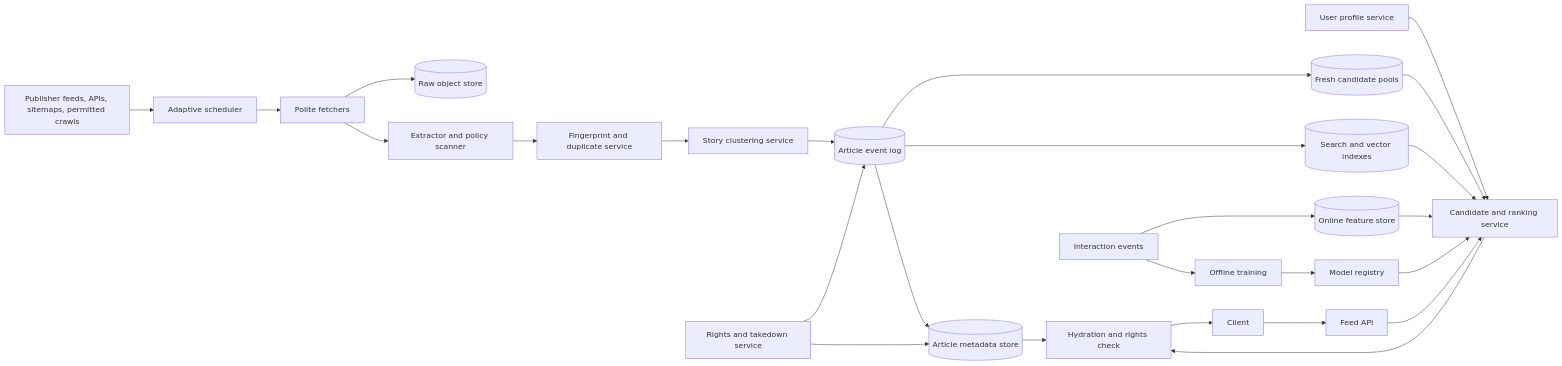
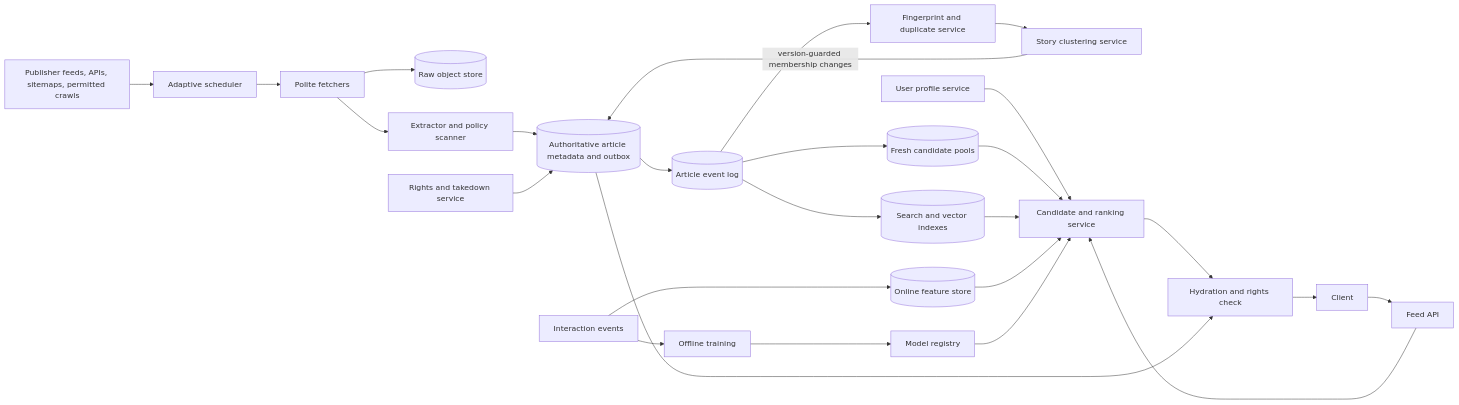
Before and after one commit to Pranshu258/system-design: the second of 5 diagrams in news-aggregator-system-design.md, drawn with Mermaid. The commit also changed other lines of this file and 23 other files, not shown here.

````diff
--- a/news-aggregator-system-design.md
+++ b/news-aggregator-system-design.md
@@ -191,28 +197,28 @@
 ```mermaid
 flowchart LR
     SRC["Publisher feeds, APIs, sitemaps, permitted crawls"] --> SCH["Adaptive scheduler"]
     SCH --> FET["Polite fetchers"]
     FET --> RAW[("Raw object store")]
     FET --> EXT["Extractor and policy scanner"]
-    EXT --> FP["Fingerprint and duplicate service"]
+    EXT --> META[("Authoritative article metadata and outbox")]
+    META --> LOG[("Article event log")]
+    LOG --> FP["Fingerprint and duplicate service"]
     FP --> CLU["Story clustering service"]
-    CLU --> LOG[("Article event log")]
-    LOG --> META[("Article metadata store")]
+    CLU -->|"version-guarded membership changes"| META
     LOG --> SEARCH[("Search and vector indexes")]
     LOG --> POOL[("Fresh candidate pools")]
     EV["Interaction events"] --> FEAT[("Online feature store")]
     EV --> TRAIN["Offline training"]
     TRAIN --> MODEL["Model registry"]
     USER["User profile service"] --> RANK["Candidate and ranking service"]
     POOL --> RANK
     SEARCH --> RANK
     FEAT --> RANK
     MODEL --> RANK
     CLIENT["Client"] --> FEED["Feed API"]
     FEED --> RANK
     RANK --> HYD["Hydration and rights check"]
     META --> HYD
     HYD --> CLIENT
     GOV["Rights and takedown service"] --> META
-    GOV --> LOG
 ```
````
